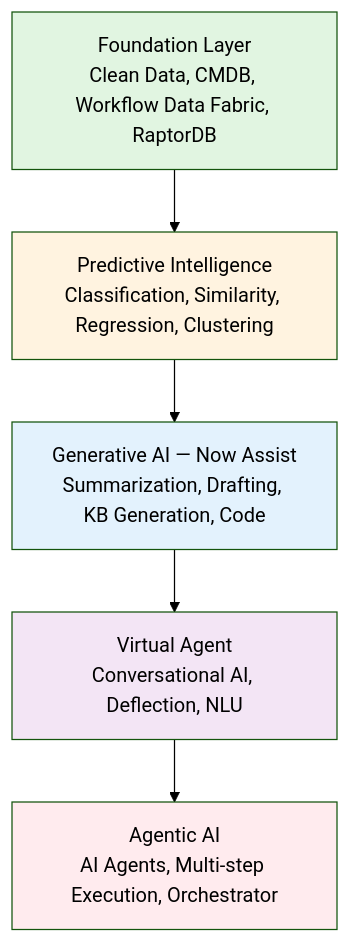
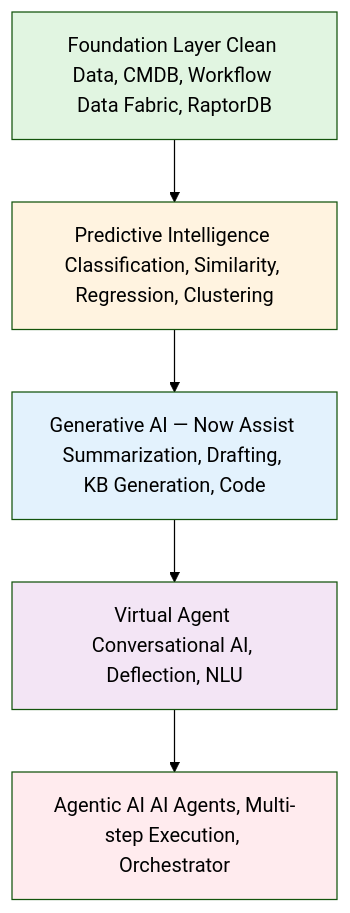
The second of 6 diagrams in docs/modules/ai/ai-guide.md (eltonaguiar/ServiceNow_Learning_TSOM-_CSM_FSM_SalesCRM_HAM_ITSM), drawn with Mermaid (forest theme) before and after one commit. The commit also changed other lines of this file and 11 other files, not shown here.

First line of the commit message:
Fix all mermaid diagrams: remove br/ tags that break rendering on GitHub Pages

````diff
--- a/docs/modules/ai/ai-guide.md
+++ b/docs/modules/ai/ai-guide.md
@@ -857,13 +857,13 @@
 ```mermaid
 graph TD
-    F["Foundation Layer<br/>Clean Data, CMDB, Workflow Data Fabric, RaptorDB"] --> P["Predictive Intelligence<br/>Classification, Similarity, Regression, Clustering"]
-    P --> G["Generative AI — Now Assist<br/>Summarization, Drafting, KB Generation, Code"]
-    G --> V["Virtual Agent<br/>Conversational AI, Deflection, NLU"]
-    V --> A["Agentic AI<br/>AI Agents, Multi-step Execution, Orchestrator"]
+    F["Foundation Layer Clean Data, CMDB, Workflow Data Fabric, RaptorDB"] --> P["Predictive Intelligence Classification, Similarity, Regression, Clustering"]
+    P --> G["Generative AI — Now Assist Summarization, Drafting, KB Generation, Code"]
+    G --> V["Virtual Agent Conversational AI, Deflection, NLU"]
+    V --> A["Agentic AI AI Agents, Multi-step Execution, Orchestrator"]
 
     style F fill:#e1f5e1,color:#000
     style P fill:#fff3e0,color:#000
     style G fill:#e3f2fd,color:#000
     style V fill:#f3e5f5,color:#000
     style A fill:#ffebee,color:#000
 ```
````
